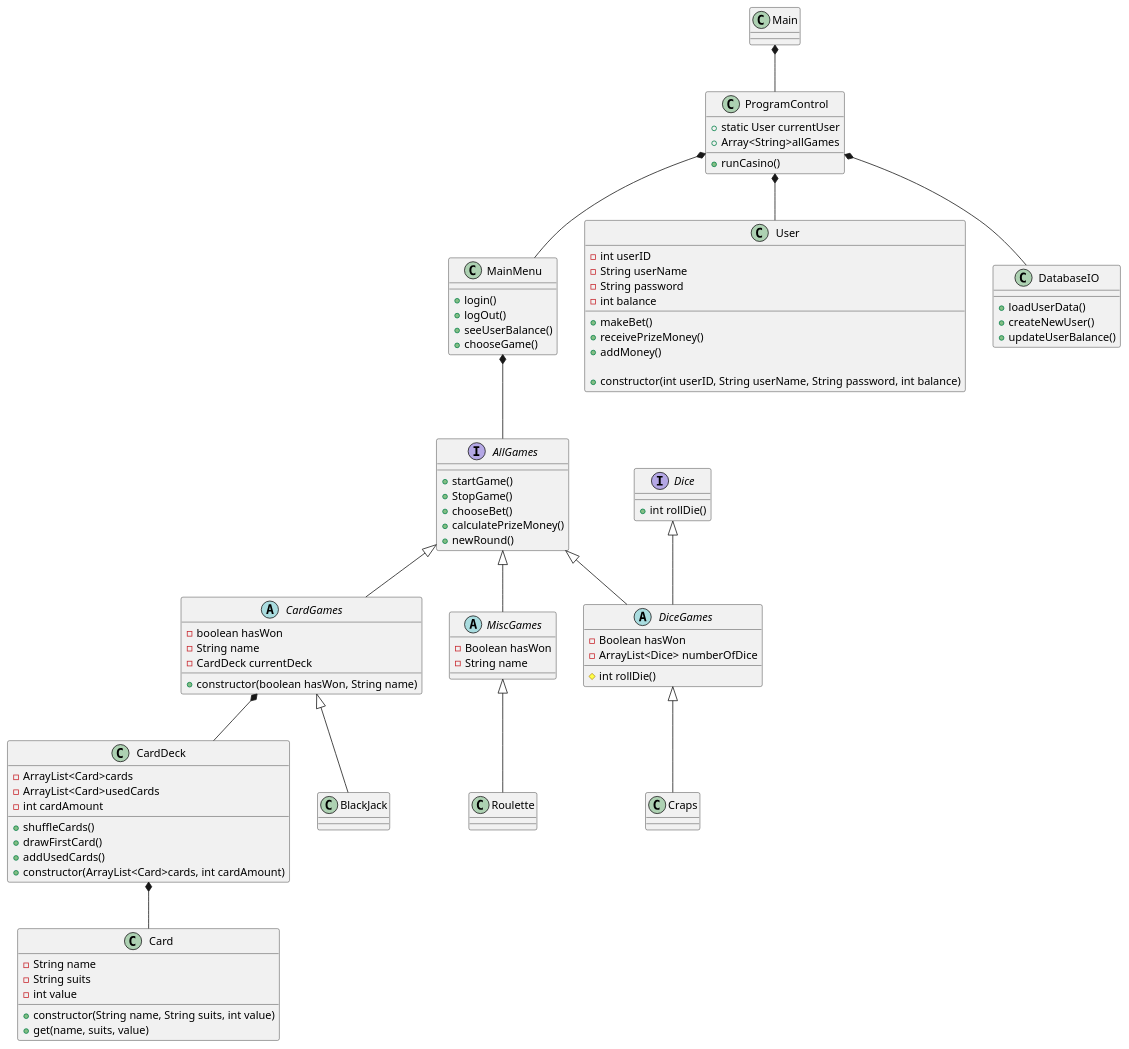
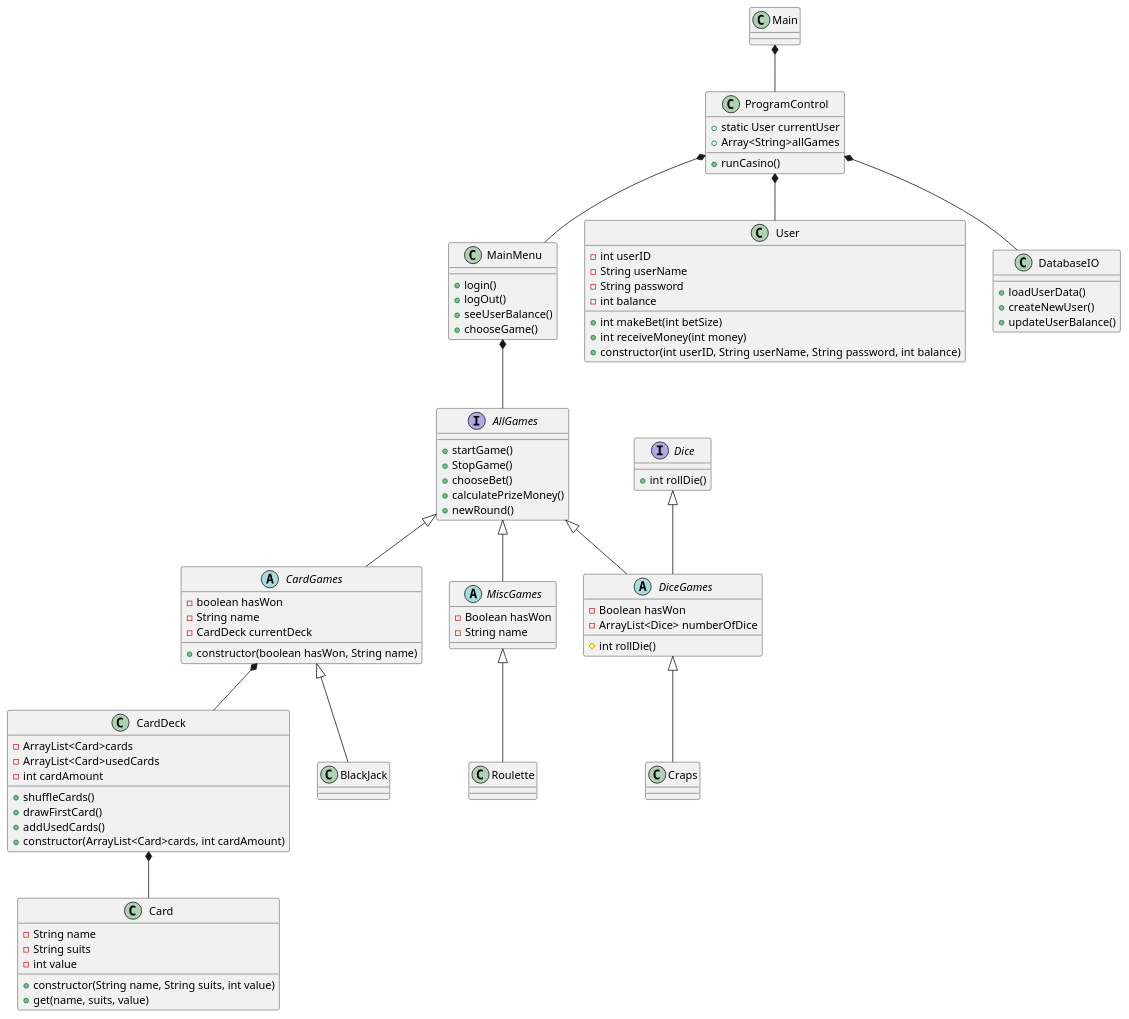
One commit to MrJustMeDahl/ICE-casino changed the diagram in Design UML/ClassDiagram.puml. Above: the diagram before and after it, drawn with PlantUML. The commit also changed 2 other files, not shown here.

```diff
--- a/Design UML/ClassDiagram.puml
+++ b/Design UML/ClassDiagram.puml
@@ -1,136 +1,134 @@
 @startuml
 
 Main *-- ProgramControl
 ProgramControl *-- MainMenu
 ProgramControl *-- User
 ProgramControl *-- DatabaseIO
 MainMenu *-- AllGames
 AllGames <|-- CardGames
 CardGames *-- CardDeck
 CardDeck *-- Card
 AllGames <|-- DiceGames
 Dice <|-- DiceGames
 AllGames <|-- MiscGames
 DiceGames <|-- Craps
 MiscGames <|-- Roulette
 CardGames <|-- BlackJack
 
 class Main
 class User{
 
 - int userID
 - String userName
 - String password
 - int balance
 
-+ makeBet()
-+ receivePrizeMoney()
-+ addMoney()
-
++ int makeBet(int betSize)
++ int receiveMoney(int money)
 + constructor(int userID, String userName, String password, int balance)
 
 }
 class MainMenu{
 
 + login()
 + logOut()
 + seeUserBalance()
 + chooseGame()
 
 }
 class ProgramControl{
 
 + static User currentUser
 + Array<String>allGames
 + runCasino()
 
 
 
 }
 
 interface AllGames{
 
 + startGame()
 + StopGame()
 + chooseBet()
 + calculatePrizeMoney()
 + newRound()
 
 }
 
 Abstract class CardGames{
 
 - boolean hasWon
 - String name
 - CardDeck currentDeck
 + constructor(boolean hasWon, String name)
 
 }
 
 class CardDeck{
 
 - ArrayList<Card>cards
 - ArrayList<Card>usedCards
 - int cardAmount
 
 + shuffleCards()
 + drawFirstCard()
 + addUsedCards()
 + constructor(ArrayList<Card>cards, int cardAmount)
 
 }
 
 class Card{
 
 - String name
 - String suits
 - int value
 
 + constructor(String name, String suits, int value)
 + get(name, suits, value)
 
 }
 
 interface Dice{
 + int rollDie()
 
 }
 
 Abstract Class DiceGames{
 - Boolean hasWon
 - ArrayList<Dice> numberOfDice
 # int rollDie()
 
 }
 
 Class Craps{
 
 
 }
 
 Class Roulette{
 
 
 }
 
 Class BlackJack{
 
 
 }
 
 Abstract Class MiscGames{
 - Boolean hasWon
 - String name
 
 }
 
 class DatabaseIO{
 
 + loadUserData()
 + createNewUser()
 + updateUserBalance()
 
 }
 
 
 @enduml
```
